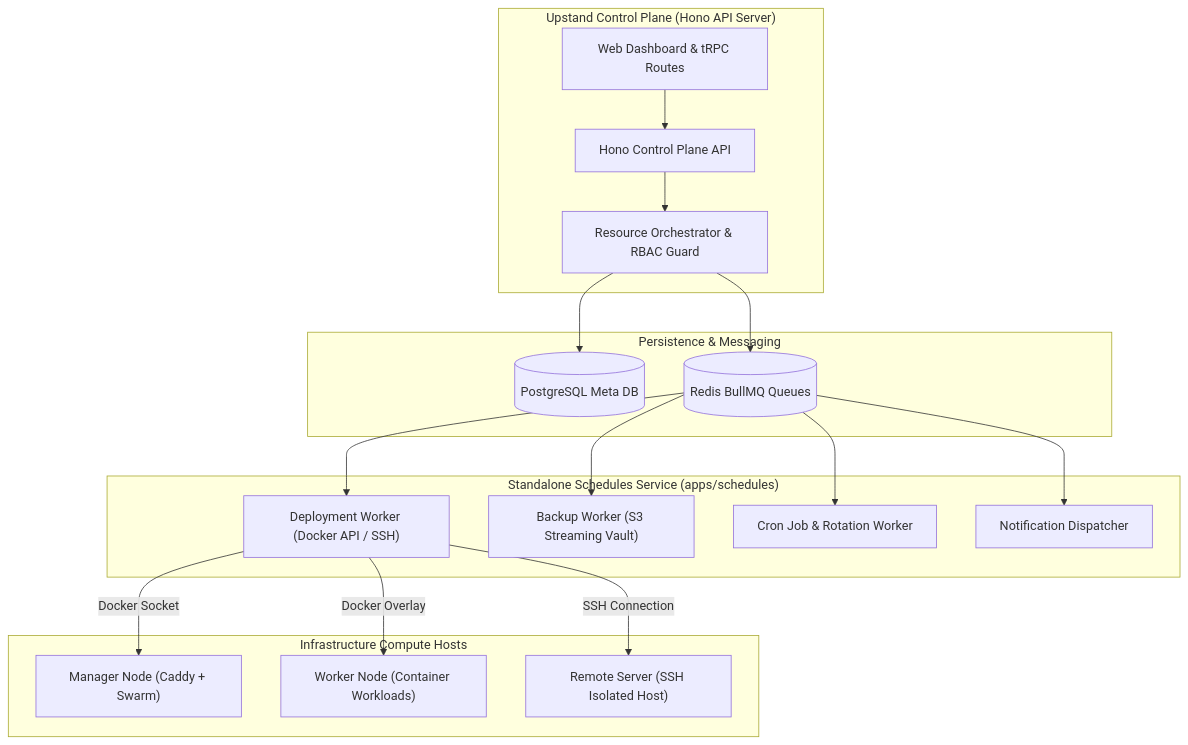
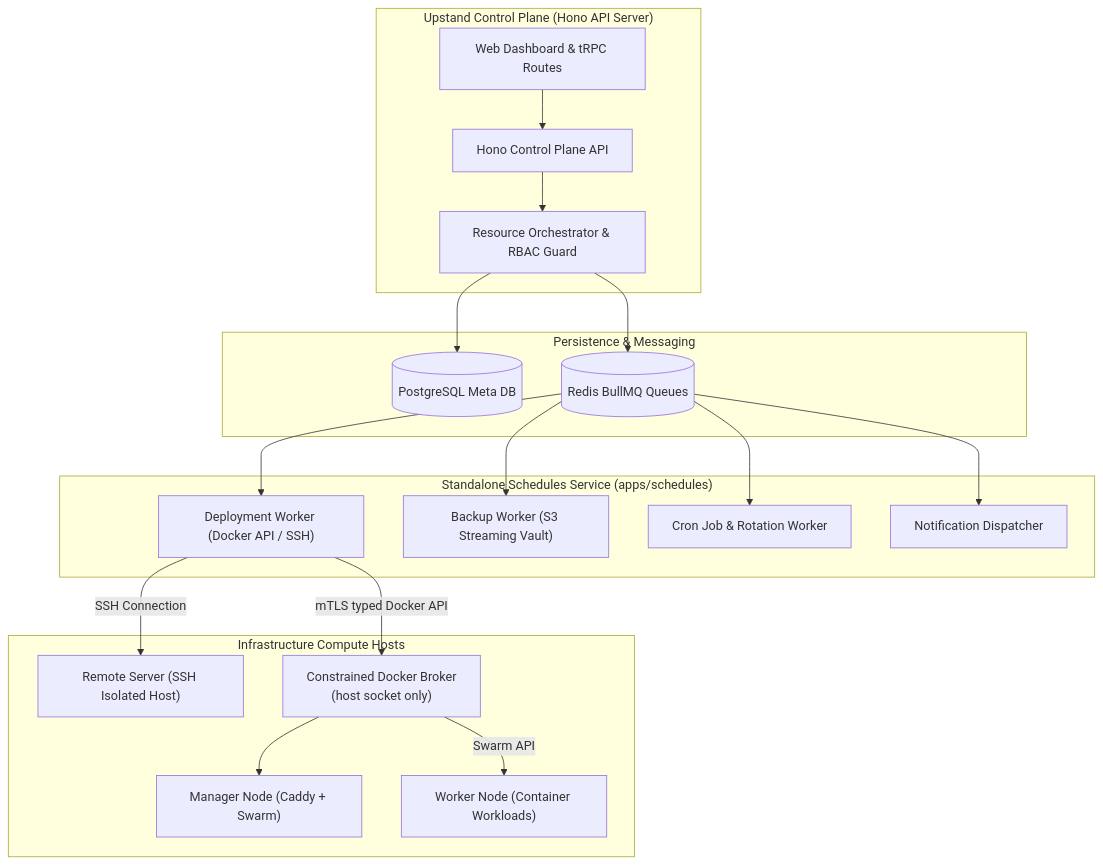
One commit to UpstandPlatform/upstand changed the diagram in apps/fumadocs/content/docs/operations/infrastructure.mdx. Above: the diagram before and after it, drawn with Mermaid. The commit also changed other lines of this file and 16 other files, not shown here.

````diff
--- a/apps/fumadocs/content/docs/operations/infrastructure.mdx
+++ b/apps/fumadocs/content/docs/operations/infrastructure.mdx
@@ -12,37 +12,38 @@
 ```mermaid
 flowchart TD
     subgraph ControlPlane["Upstand Control Plane (Hono API Server)"]
         UI["Web Dashboard & tRPC Routes"]
         APIServer["Hono Control Plane API"]
         Orchestration["Resource Orchestrator & RBAC Guard"]
         UI --> APIServer
         APIServer --> Orchestration
     end
 
     subgraph DataStore["Persistence & Messaging"]
         Postgres[(PostgreSQL Meta DB)]
         Redis[(Redis BullMQ Queues)]
         Orchestration --> Postgres
         Orchestration --> Redis
     end
 
     subgraph WorkerPool["Standalone Schedules Service (apps/schedules)"]
         DeployWorker["Deployment Worker (Docker API / SSH)"]
         BackupWorker["Backup Worker (S3 Streaming Vault)"]
         CronWorker["Cron Job & Rotation Worker"]
         NotificationWorker["Notification Dispatcher"]
         Redis --> DeployWorker
         Redis --> BackupWorker
         Redis --> CronWorker
         Redis --> NotificationWorker
     end
 
     subgraph TargetHosts["Infrastructure Compute Hosts"]
         Host1["Manager Node (Caddy + Swarm)"]
         Host2["Worker Node (Container Workloads)"]
         Host3["Remote Server (SSH Isolated Host)"]
-        DeployWorker -->|Docker Socket| Host1
-        DeployWorker -->|Docker Overlay| Host2
+        DeployWorker -->|mTLS typed Docker API| Broker
+        Broker["Constrained Docker Broker\n(host socket only)"] --> Host1
+        Broker -->|Swarm API| Host2
         DeployWorker -->|SSH Connection| Host3
     end
 ```
````
